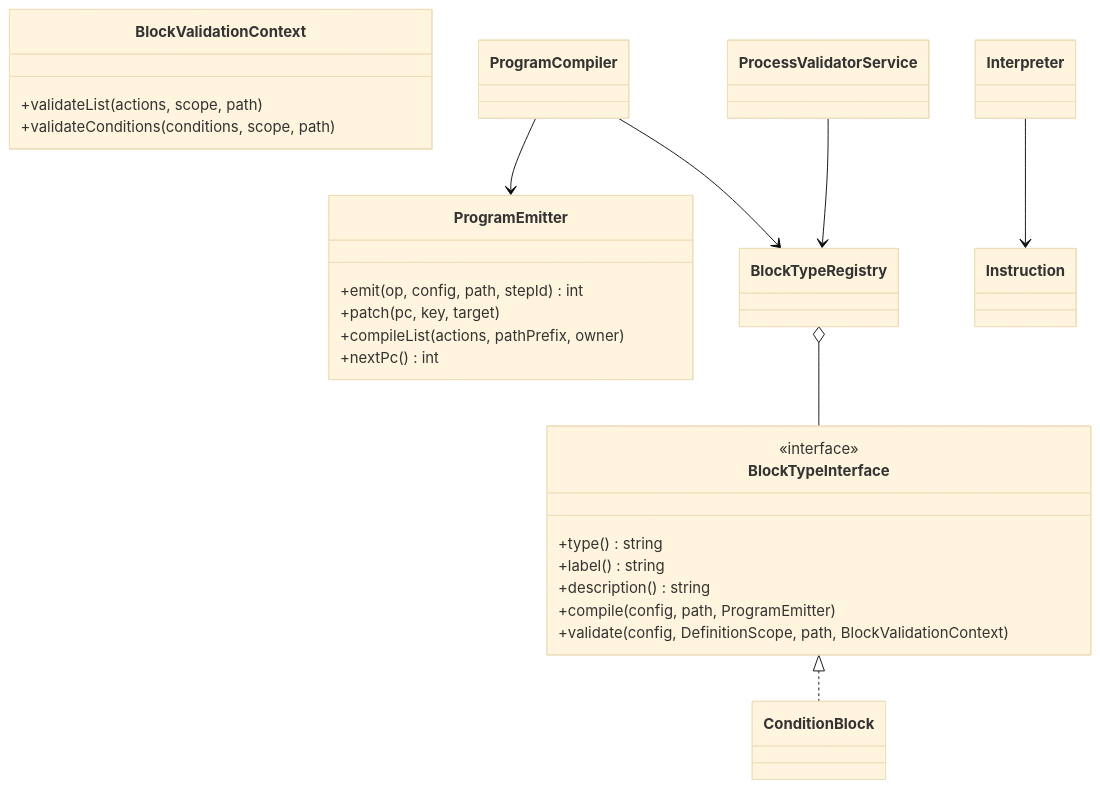
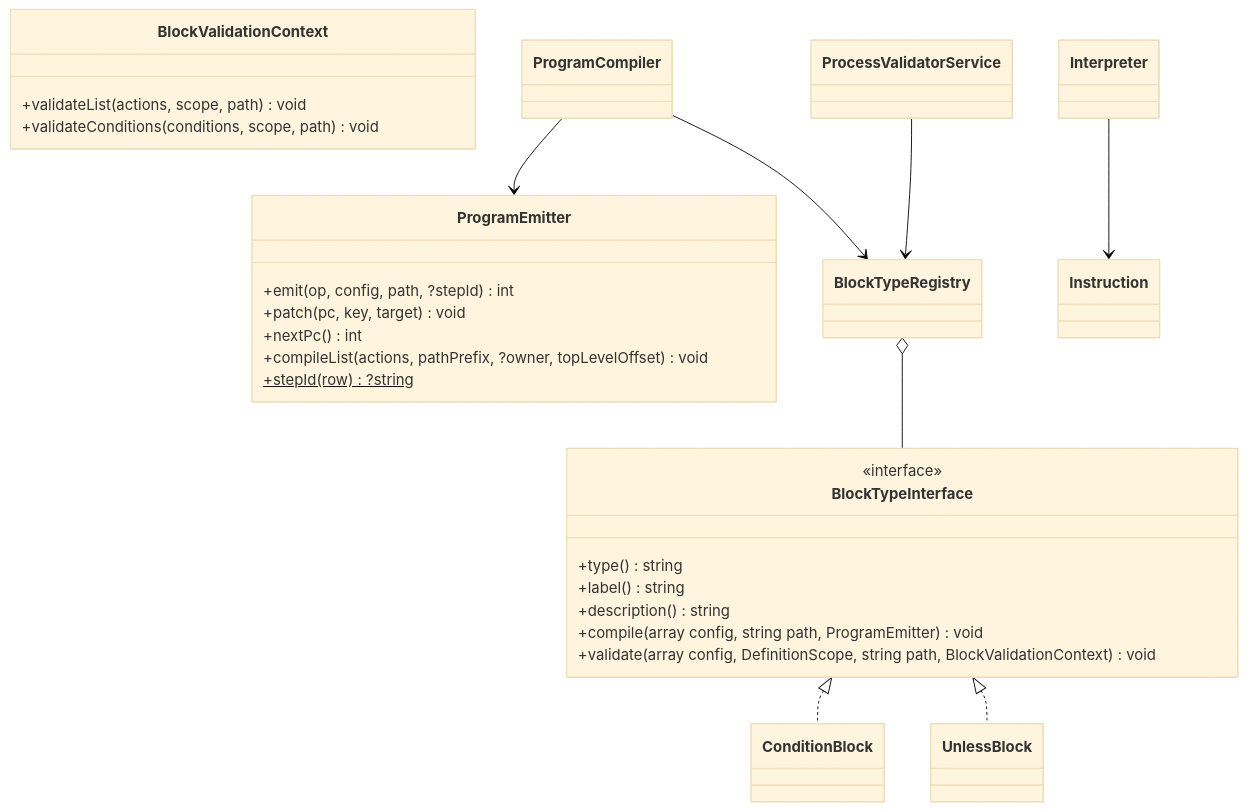
Before and after one commit to madarch-labs/Workflow-Processing-Service: the diagram in doc/en/07-developer-guide/extending/new-block-type.md, drawn with Mermaid (base theme). The commit also changed other lines of this file and 200 other files, not shown here.

````diff
--- a/doc/en/07-developer-guide/extending/new-block-type.md
+++ b/doc/en/07-developer-guide/extending/new-block-type.md
@@ -27,27 +32,29 @@
 ```mermaid
 classDiagram
     class BlockTypeInterface {
         <<interface>>
         +type() string
         +label() string
         +description() string
-        +compile(config, path, ProgramEmitter)
-        +validate(config, DefinitionScope, path, BlockValidationContext)
+        +compile(array config, string path, ProgramEmitter) void
+        +validate(array config, DefinitionScope, string path, BlockValidationContext) void
     }
     class ProgramEmitter {
-        +emit(op, config, path, stepId) int
-        +patch(pc, key, target)
-        +compileList(actions, pathPrefix, owner)
+        +emit(op, config, path, ?stepId) int
+        +patch(pc, key, target) void
         +nextPc() int
+        +compileList(actions, pathPrefix, ?owner, topLevelOffset) void
+        +stepId(row)$ ?string
     }
     class BlockValidationContext {
-        +validateList(actions, scope, path)
-        +validateConditions(conditions, scope, path)
+        +validateList(actions, scope, path) void
+        +validateConditions(conditions, scope, path) void
     }
     BlockTypeInterface <|.. ConditionBlock
+    BlockTypeInterface <|.. UnlessBlock
     BlockTypeRegistry o-- BlockTypeInterface
     ProgramCompiler --> BlockTypeRegistry
     ProgramCompiler --> ProgramEmitter
     ProcessValidatorService --> BlockTypeRegistry
     Interpreter --> Instruction
 ```
````
